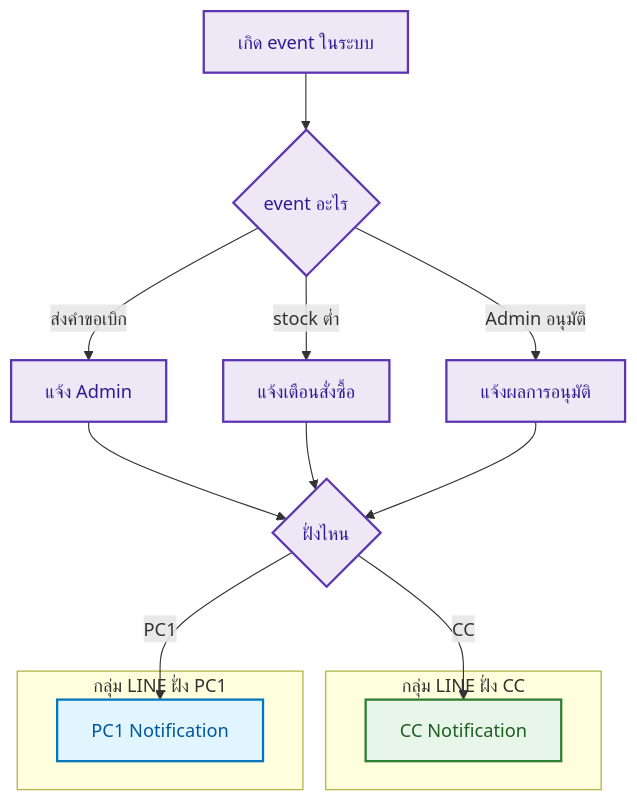
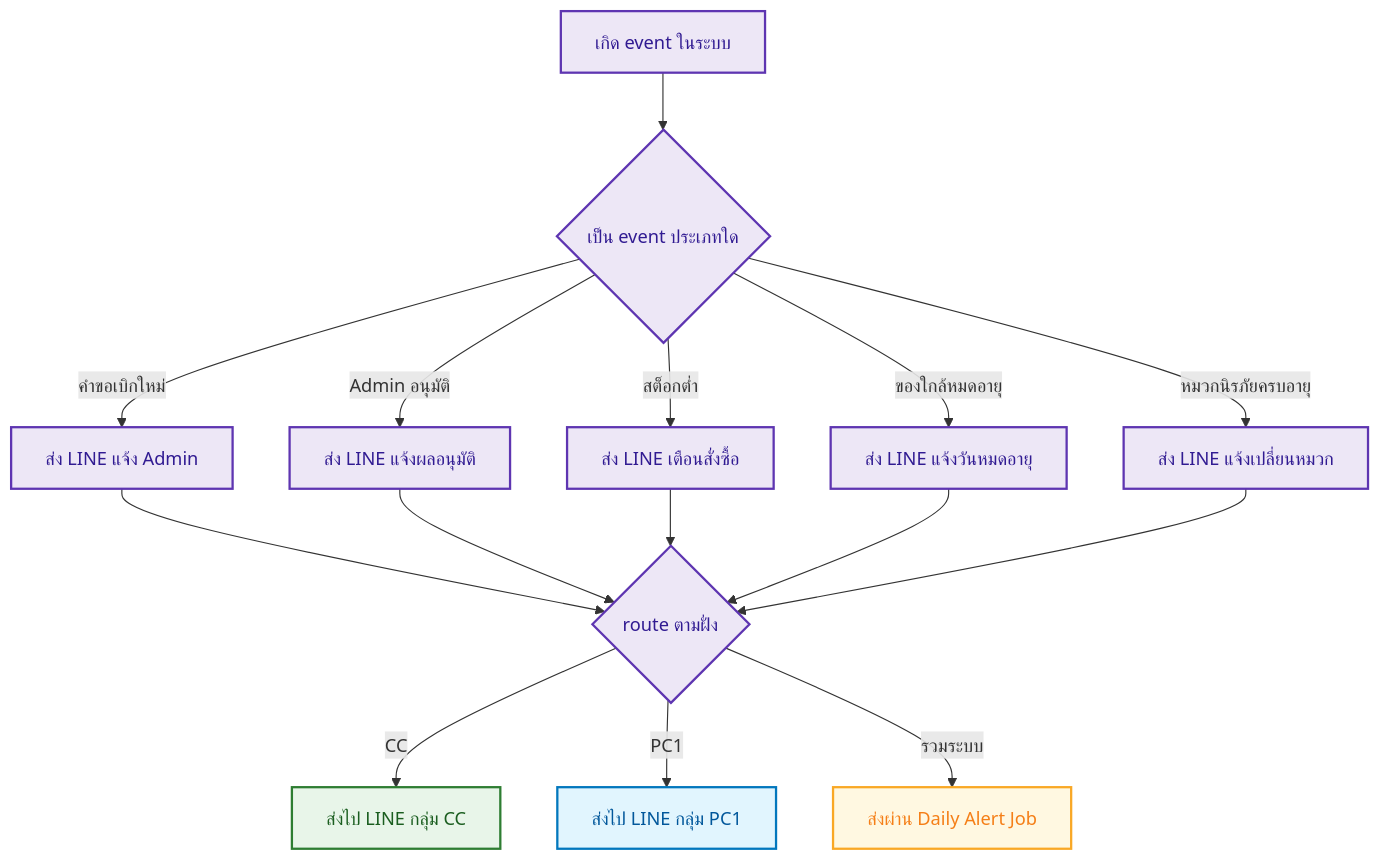
The fifth of 5 diagrams in my_factory_app/FLOW_DIAGRAM.md (SATTARNEDS/Stock_PCM), drawn with Mermaid before and after one commit. The commit also changed other lines of this file and 4 other files, not shown here.

````diff
--- a/my_factory_app/FLOW_DIAGRAM.md
+++ b/my_factory_app/FLOW_DIAGRAM.md
@@ -262,30 +227,30 @@
 ```mermaid
 flowchart TD
-    A[เกิด event ในระบบ] --> B{event อะไร}
-    B -- ส่งคำขอเบิก --> C[แจ้ง Admin]
-    B -- stock ต่ำ --> D[แจ้งเตือนสั่งซื้อ]
-    B -- Admin อนุมัติ --> E[แจ้งผลการอนุมัติ]
+    A[เกิด event ในระบบ] --> B{เป็น event ประเภทใด}
 
-    C --> F{ฝั่งไหน}
-    D --> F
-    E --> F
+    B -->|คำขอเบิกใหม่| C[ส่ง LINE แจ้ง Admin]
+    B -->|Admin อนุมัติ| D[ส่ง LINE แจ้งผลอนุมัติ]
+    B -->|สต็อกต่ำ| E[ส่ง LINE เตือนสั่งซื้อ]
+    B -->|ของใกล้หมดอายุ| F[ส่ง LINE แจ้งวันหมดอายุ]
+    B -->|หมวกนิรภัยครบอายุ| G[ส่ง LINE แจ้งเปลี่ยนหมวก]
 
-    subgraph LINE_CC[กลุ่ม LINE ฝั่ง CC]
-        G[CC Notification]
-    end
+    C --> H{route ตามฝั่ง}
+    D --> H
+    E --> H
+    F --> H
+    G --> H
 
-    subgraph LINE_PC1[กลุ่ม LINE ฝั่ง PC1]
-        H[PC1 Notification]
-    end
-
-    F -- CC --> G
-    F -- PC1 --> H
+    H -->|CC| I[ส่งไป LINE กลุ่ม CC]
+    H -->|PC1| J[ส่งไป LINE กลุ่ม PC1]
+    H -->|รวมระบบ| K[ส่งผ่าน Daily Alert Job]
 
     classDef event fill:#EDE7F6,stroke:#5E35B1,color:#311B92,stroke-width:2px;
     classDef linecc fill:#E8F5E9,stroke:#2E7D32,color:#1B5E20,stroke-width:2px;
     classDef linepc1 fill:#E1F5FE,stroke:#0277BD,color:#01579B,stroke-width:2px;
+    classDef schedule fill:#FFF8E1,stroke:#F9A825,color:#F57F17,stroke-width:2px;
 
-    class A,B,C,D,E,F event;
-    class G linecc;
-    class H linepc1;
+    class A,B,C,D,E,F,G,H event;
+    class I linecc;
+    class J linepc1;
+    class K schedule;
 ```
````
